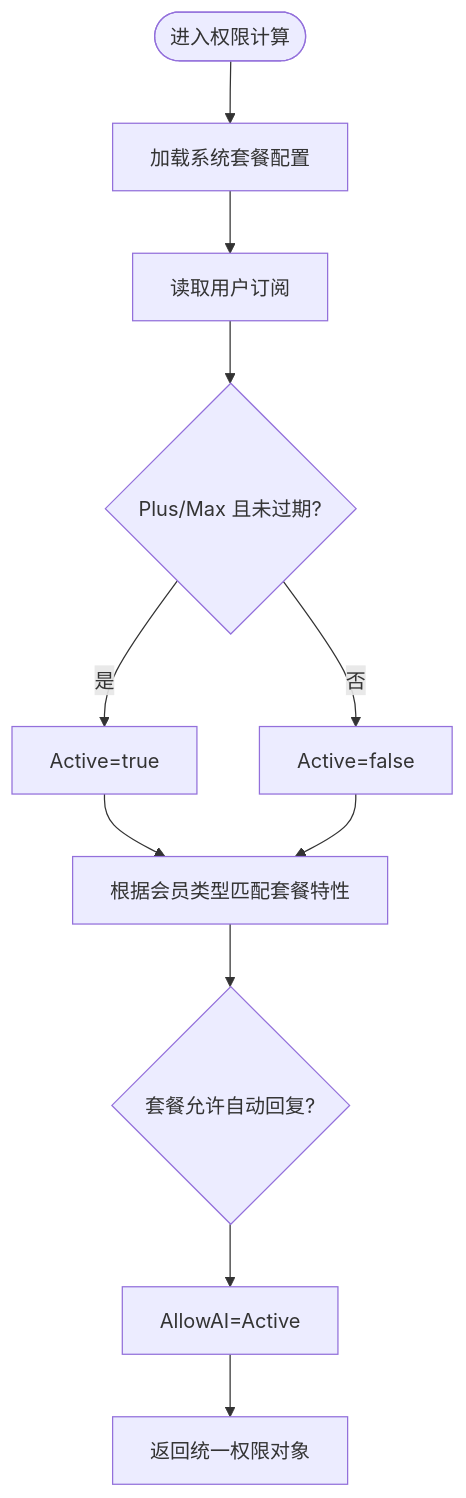
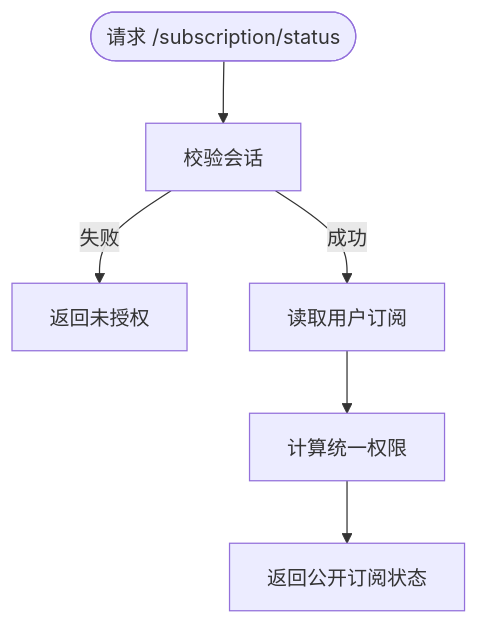
One commit to alvinwangzi/goodhr changed the third of 9 diagrams in .qoder/repowiki/zh/content/云端后端服务/支付订阅系统/订阅策略管理.md. Above: the diagram before and after it, drawn with Mermaid. The commit also changed other lines of this file and 149 other files, not shown here.

````diff
--- a/.qoder/repowiki/zh/content/云端后端服务/支付订阅系统/订阅策略管理.md
+++ b/.qoder/repowiki/zh/content/云端后端服务/支付订阅系统/订阅策略管理.md
@@ -124,13 +129,8 @@
 ```mermaid
 flowchart TD
-Start(["进入权限计算"]) --> LoadPlans["加载系统套餐配置"]
-LoadPlans --> ReadSub["读取用户订阅"]
-ReadSub --> CalcActive{"Plus/Max 且未过期?"}
-CalcActive --> |是| SetActive["Active=true"]
-CalcActive --> |否| SetInactive["Active=false"]
-SetActive --> Features["根据会员类型匹配套餐特性"]
-SetInactive --> Features
-Features --> AutoReply{"套餐允许自动回复?"}
-AutoReply --> AllowAI["AllowAI=Active"]
-AllowAI --> Return["返回统一权限对象"]
+Start(["请求 /subscription/status"]) --> Auth["校验会话"]
+Auth --> |失败| ErrAuth["返回未授权"]
+Auth --> |成功| LoadSub["读取用户订阅"]
+LoadSub --> Calc["计算统一权限"]
+Calc --> Resp["返回公开订阅状态"]
 ```
````
